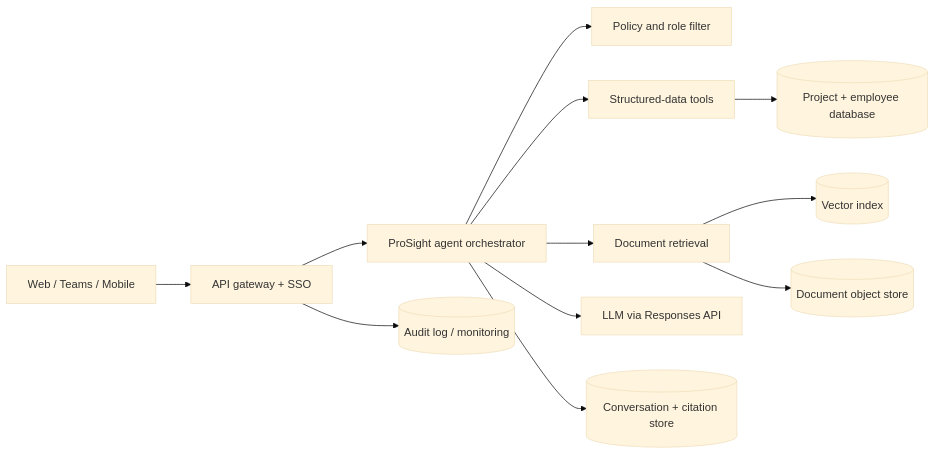
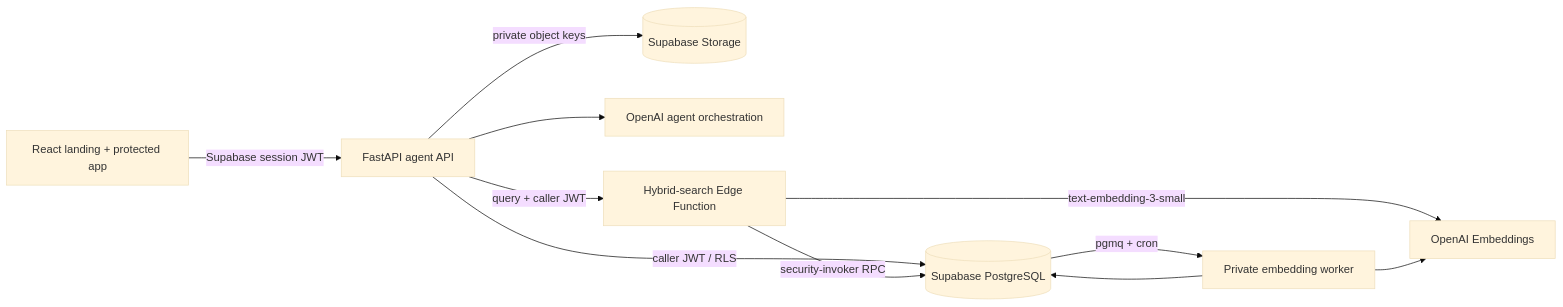
One commit to bushra-khan9604/ProSightAI changed the diagram in docs/architecture.md. Above: the diagram before and after it, drawn with Mermaid (base theme). The commit also changed other lines of this file and 799 other files, not shown here.

Commit message:
Database update to supabase

````diff
--- a/docs/architecture.md
+++ b/docs/architecture.md
@@ -5,14 +5,13 @@
 ```mermaid
 flowchart LR
-  U["Web / Teams / Mobile"] --> G["API gateway + SSO"]
-  G --> A["ProSight agent orchestrator"]
-  A --> P["Policy and role filter"]
-  A --> T["Structured-data tools"]
-  A --> R["Document retrieval"]
-  T --> D[("Project + employee database")]
-  R --> V[("Vector index")]
-  R --> O[("Document object store")]
-  A --> L["LLM via Responses API"]
-  A --> C[("Conversation + citation store")]
-  G --> X[("Audit log / monitoring")]
+  U["React landing + protected app"] -->|"Supabase session JWT"| A["FastAPI agent API"]
+  A -->|"caller JWT / RLS"| P[("Supabase PostgreSQL")]
+  A -->|"private object keys"| S[("Supabase Storage")]
+  A --> O["OpenAI agent orchestration"]
+  A -->|"query + caller JWT"| H["Hybrid-search Edge Function"]
+  H -->|"text-embedding-3-small"| E["OpenAI Embeddings"]
+  H -->|"security-invoker RPC"| P
+  P -->|"pgmq + cron"| W["Private embedding worker"]
+  W --> E
+  W --> P
 ```
````
